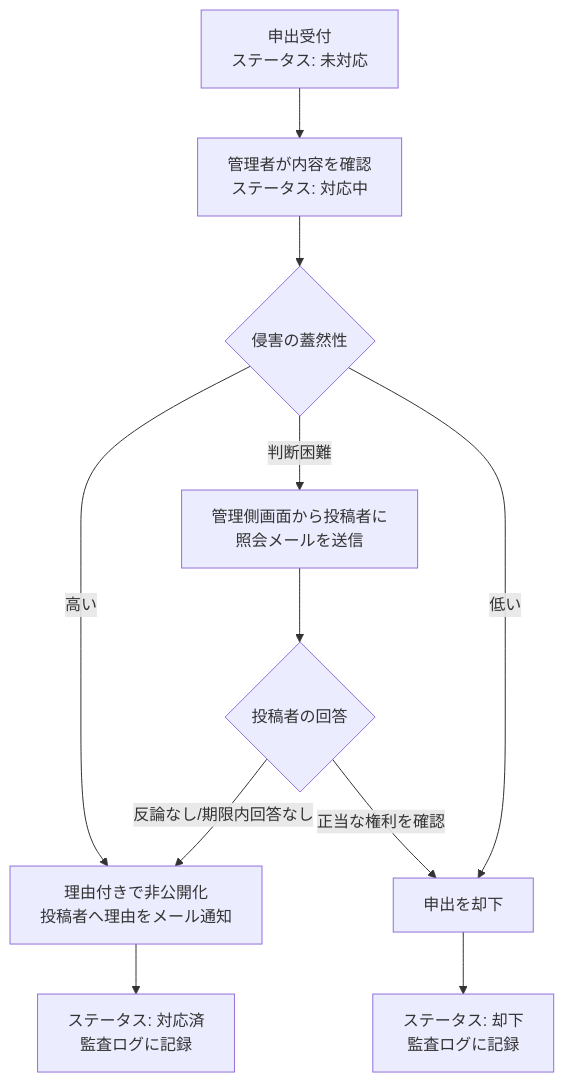
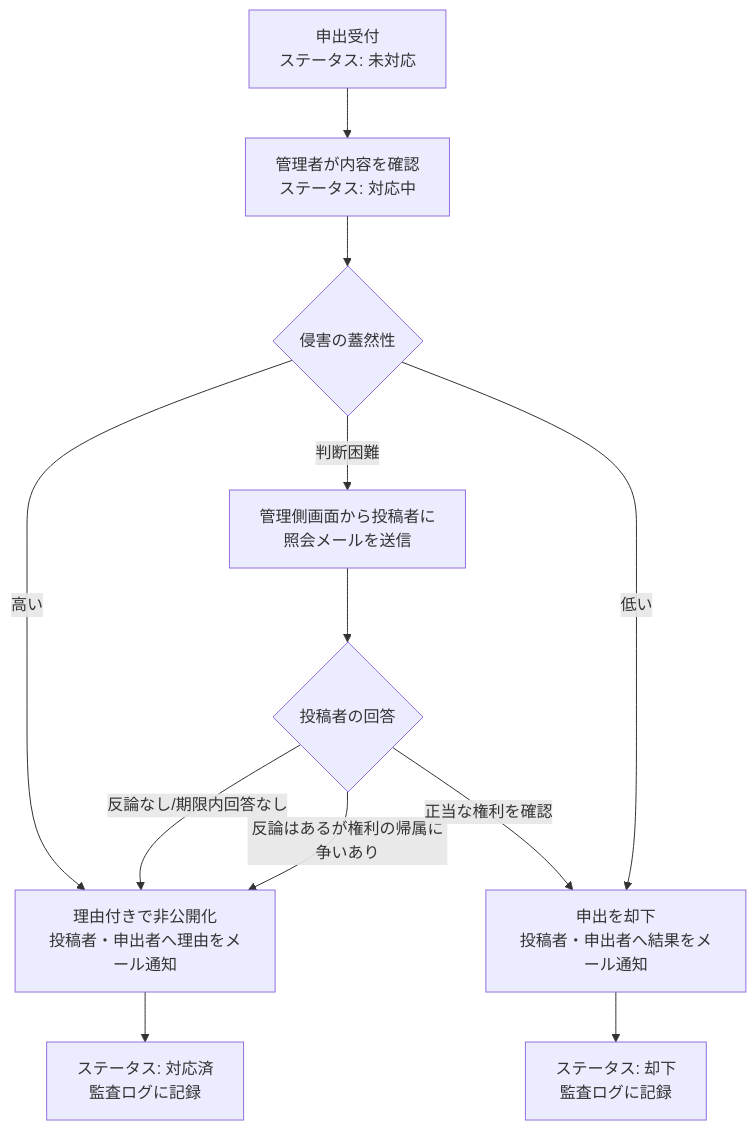
Before and after one commit to kurachiweb/genai-example-2-launch-platform: the diagram in docs/GUIDES/service/legal/005-copyright-takedown-flow.md, drawn with Mermaid. The commit also changed other lines of this file and 2 other files, not shown here.

Commit message:
docs(service): 申出により非公開化した際申出者にもメール通知

````diff
--- a/docs/GUIDES/service/legal/005-copyright-takedown-flow.md
+++ b/docs/GUIDES/service/legal/005-copyright-takedown-flow.md
@@ -18,13 +18,14 @@
 ```mermaid
 flowchart TD
     A[申出受付<br>ステータス: 未対応] --> B[管理者が内容を確認<br>ステータス: 対応中]
     B --> C{侵害の蓋然性}
-    C -- 高い --> D[理由付きで非公開化<br>投稿者へ理由をメール通知]
+    C -- 高い --> D[理由付きで非公開化<br>投稿者・申出者へ理由をメール通知]
     C -- 判断困難 --> E[管理側画面から投稿者に<br>照会メールを送信]
     E --> F{投稿者の回答}
     F -- 反論なし/期限内回答なし --> D
-    F -- 正当な権利を確認 --> G[申出を却下]
+    F -- 反論はあるが権利の帰属に争いあり --> D
+    F -- 正当な権利を確認 --> G[申出を却下<br>投稿者・申出者へ結果をメール通知]
     C -- 低い --> G
     D --> H[ステータス: 対応済<br>監査ログに記録]
     G --> I[ステータス: 却下<br>監査ログに記録]
 ```
````
